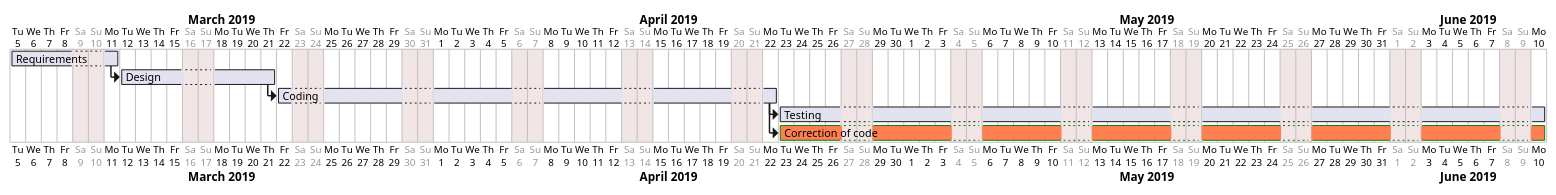
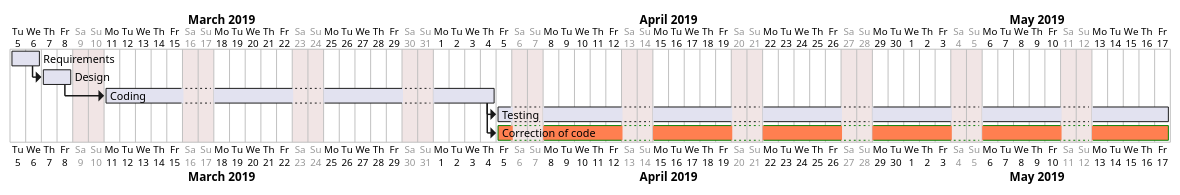
The diagram in templates/templates_EstimationTemplate.md (SimoneDutto/LaTazza), drawn with PlantUML before and after one commit. The commit also changed other lines of this file, not shown here.

````diff
--- a/templates/templates_EstimationTemplate.md
+++ b/templates/templates_EstimationTemplate.md
@@ -61,17 +61,17 @@
 ```plantuml
 @startgantt
 project starts the 2019/03/05
 saturday are closed
 sunday are closed
-[Requirements] lasts 5 days
-[Design] lasts 8 days
-[Coding] lasts 22 days
-[Testing] lasts 35 days
-[Correction of code] lasts 35 days
+[Requirements] lasts 2 days
+[Design] lasts 2 days
+[Coding] lasts 19 days
+[Testing] lasts 31 days
+[Correction of code] lasts 31 days
 [Design] starts at [Requirements]'s end
 [Coding] starts at [Design]'s end
 [Testing] starts at [Coding]'s end
 [Correction of code] starts at [Coding]'s end
 [Correction of code] is colored in Coral/Green
 @endgantt
 ```
````
